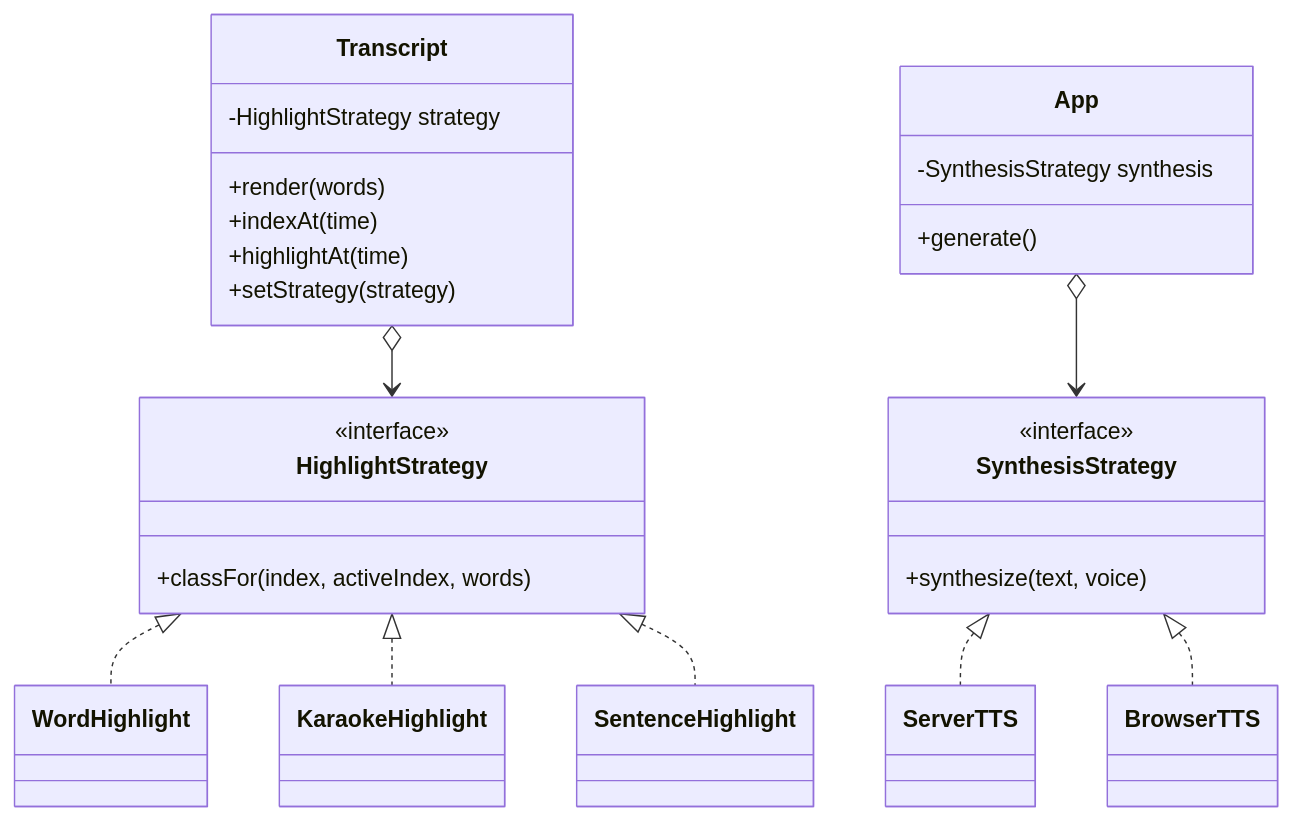
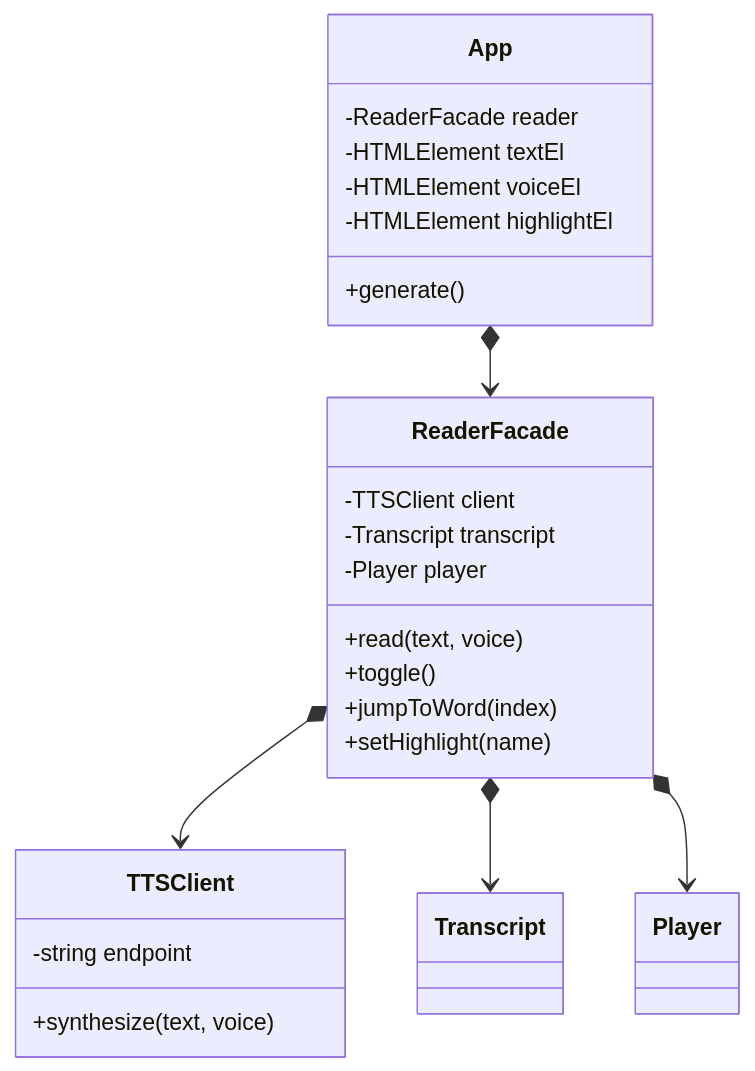
Before and after one commit to shu-vro/cse3206: the fourth of 6 diagrams in DESIGN_PATTERN.md, drawn with Mermaid. The commit also changed other lines of this file and 3 other files, not shown here.

````diff
--- a/DESIGN_PATTERN.md
+++ b/DESIGN_PATTERN.md
@@ -338,37 +304,30 @@
 ```mermaid
 classDiagram
-    class Transcript {
-        -HighlightStrategy strategy
-        +render(words)
-        +indexAt(time)
-        +highlightAt(time)
-        +setStrategy(strategy)
-    }
-    class HighlightStrategy {
-        <<interface>>
-        +classFor(index, activeIndex, words)
-    }
-    class WordHighlight
-    class KaraokeHighlight
-    class SentenceHighlight
-
     class App {
-        -SynthesisStrategy synthesis
+        -ReaderFacade reader
+        -HTMLElement textEl
+        -HTMLElement voiceEl
+        -HTMLElement highlightEl
         +generate()
     }
-    class SynthesisStrategy {
-        <<interface>>
+    class ReaderFacade {
+        -TTSClient client
+        -Transcript transcript
+        -Player player
+        +read(text, voice)
+        +toggle()
+        +jumpToWord(index)
+        +setHighlight(name)
+    }
+    class TTSClient {
+        -string endpoint
         +synthesize(text, voice)
     }
-    class ServerTTS
-    class BrowserTTS
+    class Transcript
+    class Player
 
-    Transcript o--> HighlightStrategy
-    HighlightStrategy <|.. WordHighlight
-    HighlightStrategy <|.. KaraokeHighlight
-    HighlightStrategy <|.. SentenceHighlight
-
-    App o--> SynthesisStrategy
-    SynthesisStrategy <|.. ServerTTS
-    SynthesisStrategy <|.. BrowserTTS
+    App *--> ReaderFacade
+    ReaderFacade *--> TTSClient
+    ReaderFacade *--> Transcript
+    ReaderFacade *--> Player
 ```
````
